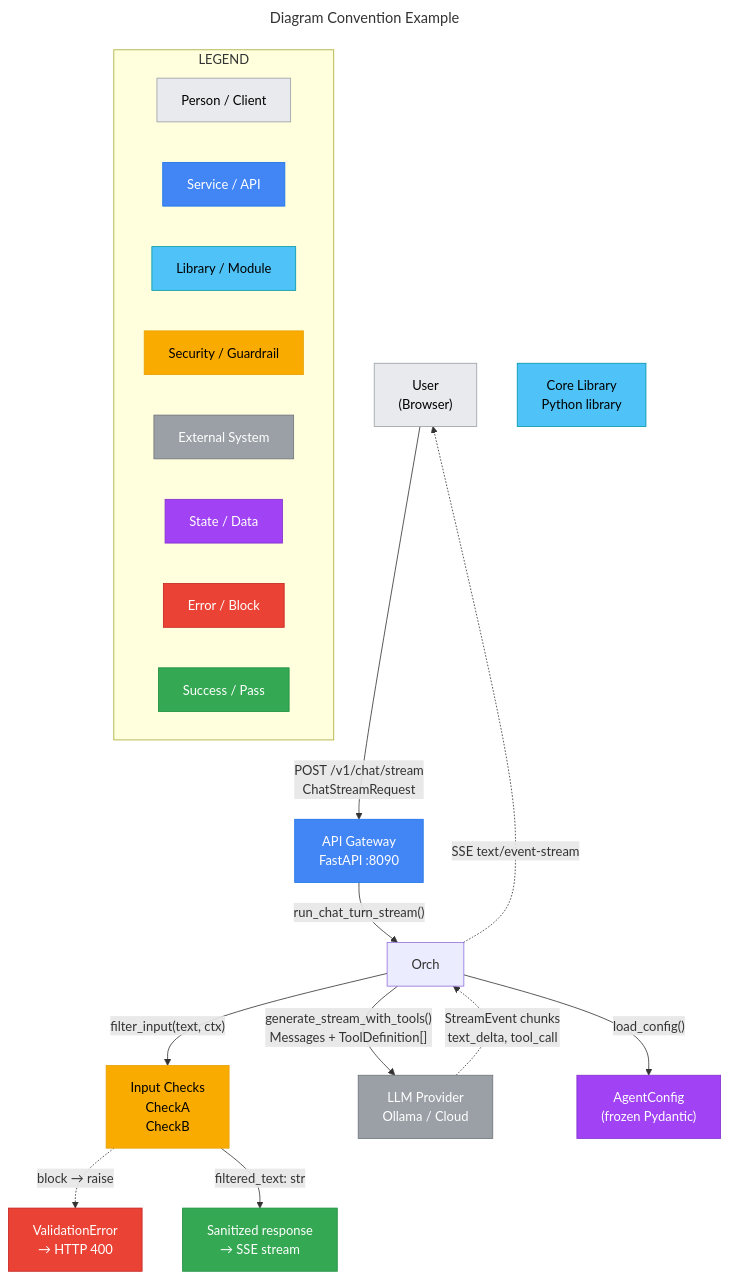
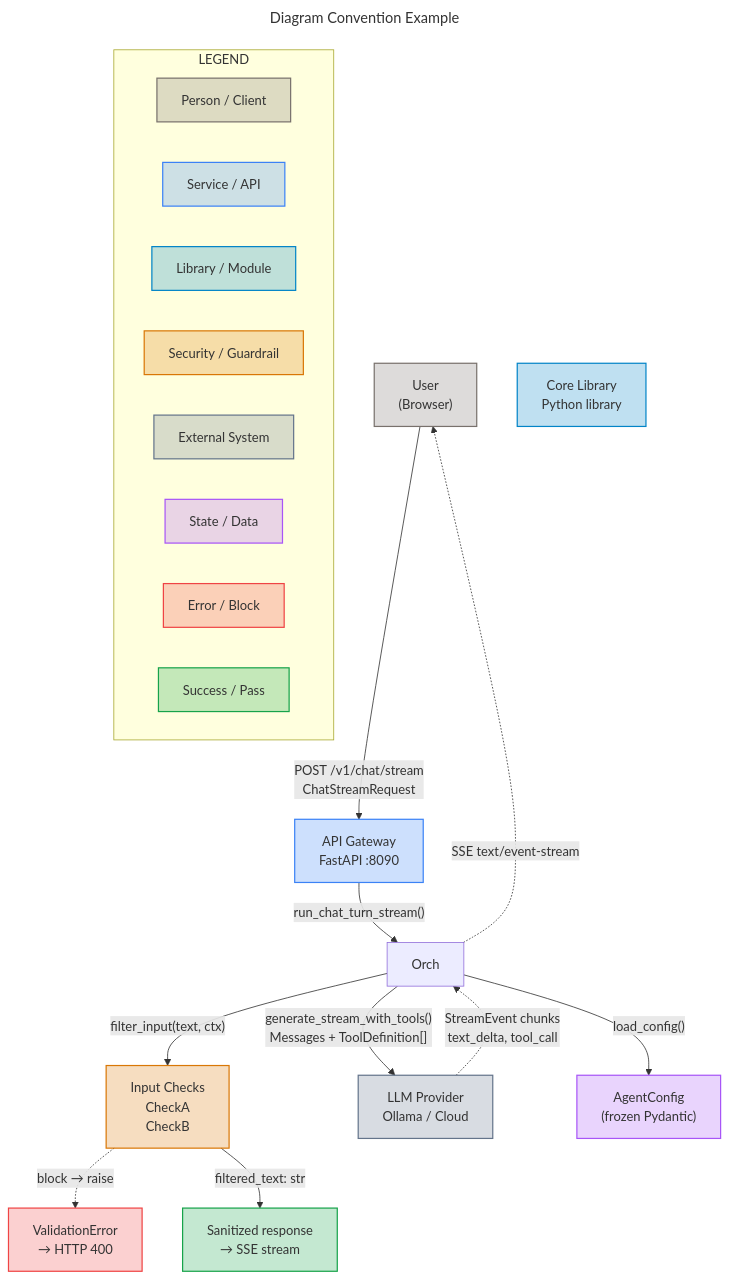
The diagram in diagram/example-conventions.mmd (csjoshc/skills), drawn with Mermaid before and after one commit. The commit also changed 14 other files, not shown here.

First line of the commit message:
feat(diagram): portable themes and an inline preview path

```diff
--- a/diagram/example-conventions.mmd
+++ b/diagram/example-conventions.mmd
@@ -1,58 +1,58 @@
 ---
 title: "Diagram Convention Example"
 ---
 flowchart TB
-  classDef person fill:#E8EAED,stroke:#9AA0A6,color:#000
-  classDef service fill:#4285F4,stroke:#1a73e8,color:#fff
-  classDef library fill:#4FC3F7,stroke:#0097A7,color:#000
-  classDef guard fill:#F9AB00,stroke:#e8a000,color:#000
-  classDef external fill:#9AA0A6,stroke:#6e7479,color:#fff
-  classDef state fill:#A142F4,stroke:#8430ce,color:#fff
-  classDef errBlock fill:#EA4335,stroke:#c5221f,color:#fff
-  classDef passNode fill:#34A853,stroke:#1e8e3e,color:#fff
+  classDef person fill:#78716C40,stroke:#78716C,stroke-width:1.5px
+  classDef service fill:#3B82F640,stroke:#3B82F6,stroke-width:1.5px
+  classDef library fill:#0284C740,stroke:#0284C7,stroke-width:1.5px
+  classDef guard fill:#D9770640,stroke:#D97706,stroke-width:1.5px
+  classDef external fill:#64748B40,stroke:#64748B,stroke-width:1.5px
+  classDef state fill:#A855F740,stroke:#A855F7,stroke-width:1.5px
+  classDef errBlock fill:#EF444440,stroke:#EF4444,stroke-width:1.5px
+  classDef passNode fill:#16A34A40,stroke:#16A34A,stroke-width:1.5px
 
   %% ─── Nodes by category ───────────────────────────────────
   User["User<br/>(Browser)"]:::person
   API["API Gateway<br/>FastAPI :8090"]:::service
   Core["Core Library<br/>Python library"]:::library
   Guard["Input Checks<br/>CheckA<br/>CheckB"]:::guard
   LLM["LLM Provider<br/>Ollama / Cloud"]:::external
   Config["AgentConfig<br/>(frozen Pydantic)"]:::state
   Blocked["ValidationError<br/>→ HTTP 400"]:::errBlock
   Success["Sanitized response<br/>→ SSE stream"]:::passNode
 
   %% ─── Edges by style ──────────────────────────────────────
 
   %% Solid = synchronous call
   User -->|"POST /v1/chat/stream<br/>ChatStreamRequest"| API
   API -->|"run_chat_turn_stream()"| Orch
   Orch -->|"load_config()"| Config
 
   %% Solid = HTTP call
   Orch -->|"generate_stream_with_tools()<br/>Messages + ToolDefinition[]"| LLM
 
   %% Solid = guardrail check
   Orch -->|"filter_input(text, ctx)"| Guard
 
   %% Dashed = async / streaming return
   LLM -.->|"StreamEvent chunks<br/>text_delta, tool_call"| Orch
   Orch -.->|"SSE text/event-stream"| User
 
   %% Dashed = error / block path
   Guard -. "block → raise" .-> Blocked
 
   %% Solid = success path
   Guard -->|"filtered_text: str"| Success
 
   %% ─── Legend ──────────────────────────────────────────────
   subgraph Legend ["LEGEND"]
     direction LR
     L_person["Person / Client"]:::person
     L_svc["Service / API"]:::service
     L_lib["Library / Module"]:::library
     L_guard["Security / Guardrail"]:::guard
     L_ext["External System"]:::external
     L_state["State / Data"]:::state
     L_err["Error / Block"]:::errBlock
     L_pass["Success / Pass"]:::passNode
   end
```
